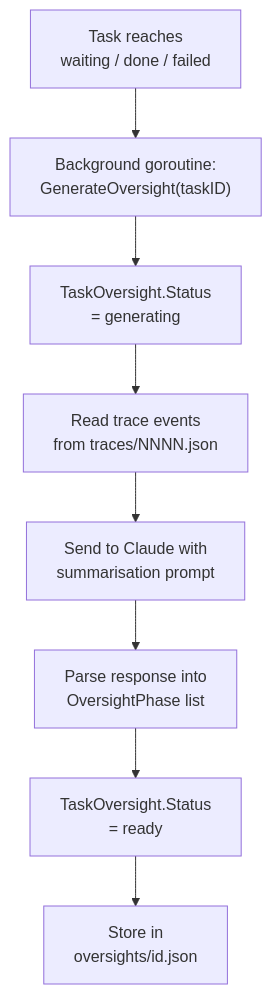
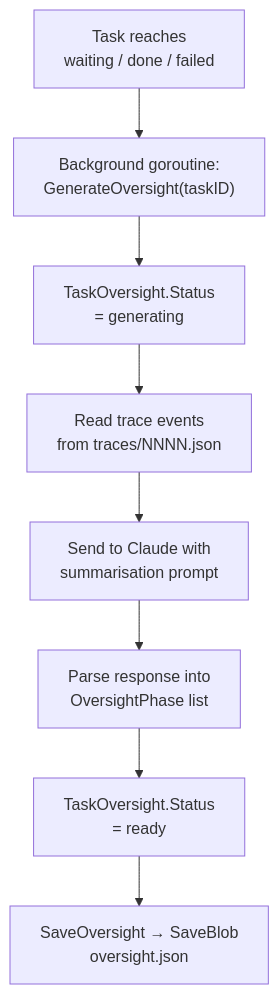
Before and after one commit to changkun/wallfacer: the fourth of 6 diagrams in docs/internals/automation.md, drawn with Mermaid. The commit also changed other lines of this file, not shown here.

First line of the commit message:
docs(internals): six-watcher inventory and oversight blob path

````diff
--- a/docs/internals/automation.md
+++ b/docs/internals/automation.md
@@ -229,10 +245,10 @@
 ```mermaid
 flowchart TD
     Trigger["Task reaches<br/>waiting / done / failed"] --> BG["Background goroutine:<br/>GenerateOversight(taskID)"]
     BG --> Status1["TaskOversight.Status<br/>= generating"]
     Status1 --> Read["Read trace events<br/>from traces/NNNN.json"]
     Read --> Send["Send to Claude with<br/>summarisation prompt"]
     Send --> Parse["Parse response into<br/>OversightPhase list"]
     Parse --> Status2["TaskOversight.Status<br/>= ready"]
-    Status2 --> Store["Store in<br/>oversights/id.json"]
+    Status2 --> Store["SaveOversight → SaveBlob<br/>oversight.json"]
 ```
````
